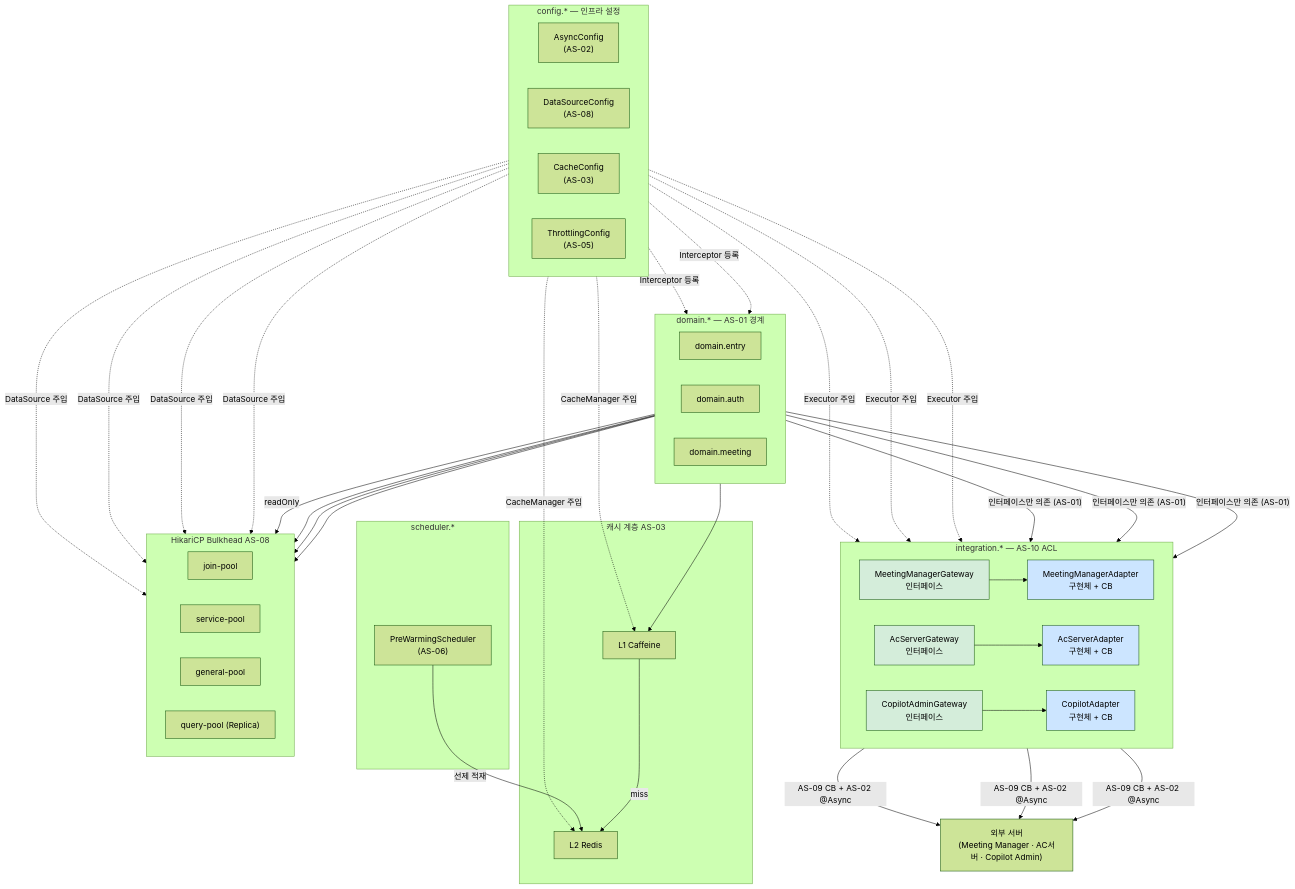
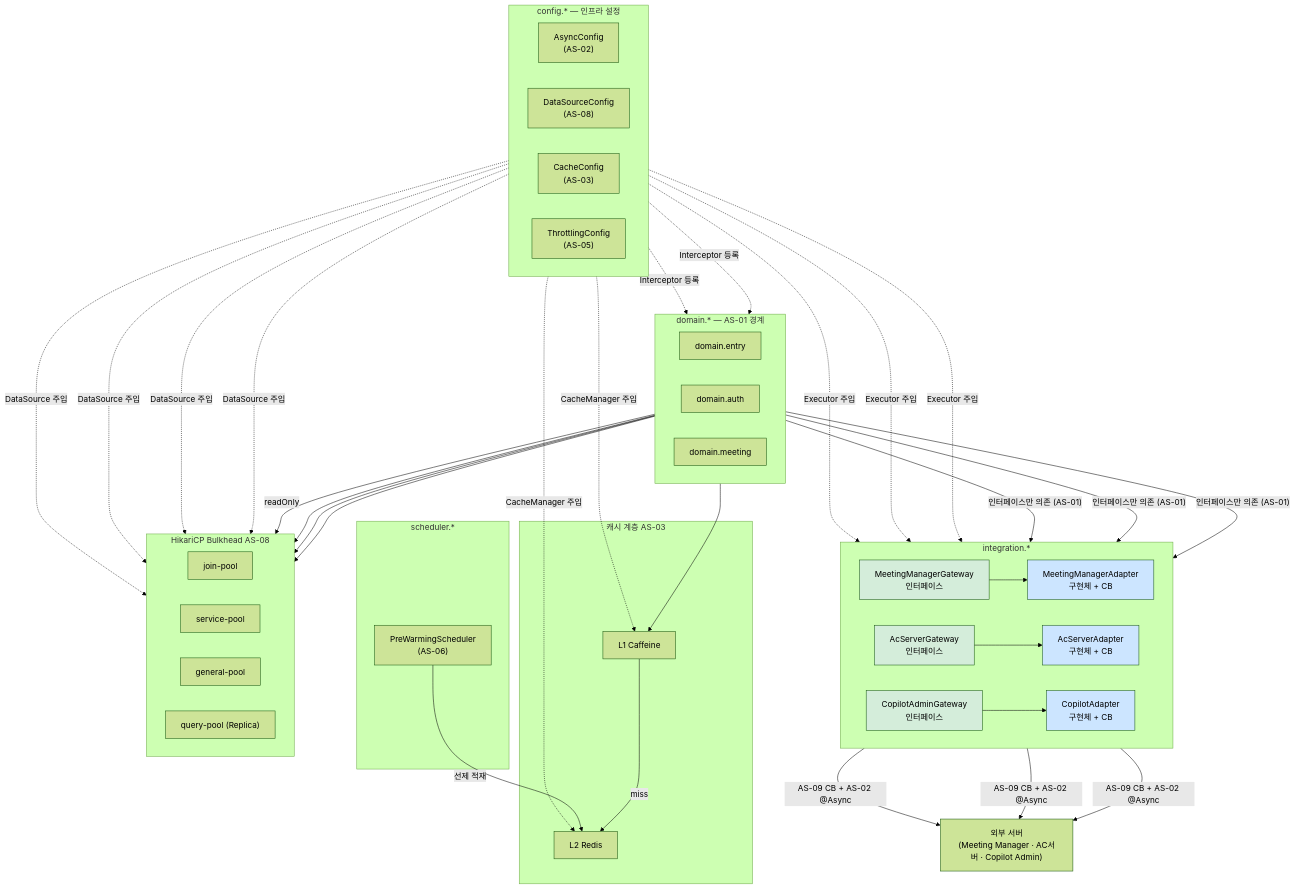
One commit to sujinnkim/A_Personal changed the sixth of 7 diagrams in report/4/4.2-실행뷰.md. Above: the diagram before and after it, drawn with Mermaid (forest theme). The commit also changed other lines of this file and 24 other files, not shown here.

````diff
--- a/report/4/4.2-실행뷰.md
+++ b/report/4/4.2-실행뷰.md
@@ -298,80 +296,80 @@
 ```mermaid
 flowchart TD
     subgraph CONFIG["config.*  — 인프라 설정"]
         direction LR
         AC_CFG["AsyncConfig\n(AS-02)"]
         DS_CFG["DataSourceConfig\n(AS-08)"]
         CA_CFG["CacheConfig\n(AS-03)"]
         TH_CFG["ThrottlingConfig\n(AS-05)"]
     end
 
     subgraph SCHEDULER["scheduler.*"]
         SCH["PreWarmingScheduler\n(AS-06)"]
     end
 
     subgraph DOMAIN["domain.*  — AS-01 경계"]
         direction LR
         DE["domain.entry"]
         DA["domain.auth"]
         DM["domain.meeting"]
     end
 
-    subgraph INTEGRATION["integration.*  — AS-10 ACL"]
+    subgraph INTEGRATION["integration.*"]
         direction LR
         MM_GW["MeetingManagerGateway\n인터페이스"]
         AC_GW["AcServerGateway\n인터페이스"]
         CP_GW["CopilotAdminGateway\n인터페이스"]
         MM_AD["MeetingManagerAdapter\n구현체 + CB"]
         AC_AD["AcServerAdapter\n구현체 + CB"]
         CP_AD["CopilotAdapter\n구현체 + CB"]
     end
 
     subgraph CACHE["캐시 계층  AS-03"]
         L1["L1 Caffeine"]
         L2["L2 Redis"]
     end
 
     subgraph POOL["HikariCP Bulkhead  AS-08"]
         direction LR
         JP["join-pool"]
         SP["service-pool"]
         GP["general-pool"]
         QP["query-pool (Replica)"]
     end
 
     EXT["외부 서버\n(Meeting Manager · AC서버 · Copilot Admin)"]
 
     DE -->|"인터페이스만 의존 (AS-01)"| MM_GW
     DA -->|"인터페이스만 의존 (AS-01)"| CP_GW
     DM -->|"인터페이스만 의존 (AS-01)"| AC_GW
 
     MM_GW --> MM_AD
     AC_GW --> AC_AD
     CP_GW --> CP_AD
 
     MM_AD -->|"AS-09 CB + AS-02 @Async"| EXT
     AC_AD -->|"AS-09 CB + AS-02 @Async"| EXT
     CP_AD -->|"AS-09 CB + AS-02 @Async"| EXT
 
     DA --> L1
     L1 -->|miss| L2
 
     DE --> JP
     DM --> SP
     DA --> GP
     DM -->|readOnly| QP
 
     SCH -->|"선제 적재"| L2
 
     DS_CFG -.->|"DataSource 주입"| JP & SP & GP & QP
     AC_CFG -.->|"Executor 주입"| MM_AD & AC_AD & CP_AD
     CA_CFG -.->|"CacheManager 주입"| L1 & L2
     TH_CFG -.->|"Interceptor 등록"| DA & DM
 
     style MM_GW fill:#d4edda,color:#000
     style AC_GW fill:#d4edda,color:#000
     style CP_GW fill:#d4edda,color:#000
     style MM_AD fill:#cce5ff,color:#000
     style AC_AD fill:#cce5ff,color:#000
     style CP_AD fill:#cce5ff,color:#000
 ```
````
